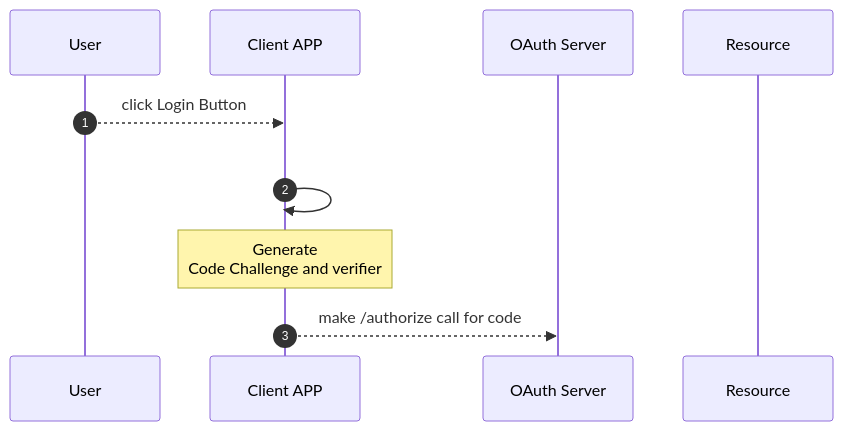
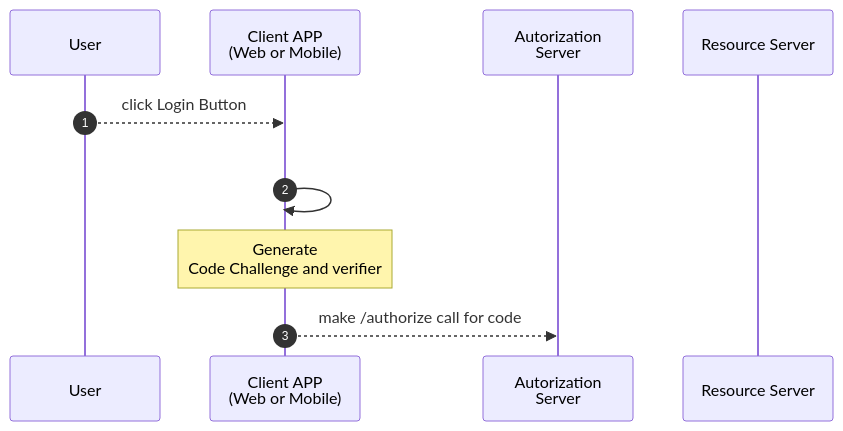
One commit to Rubi-raj/Notes changed the diagram in OAuth 2.0.md. Above: the diagram before and after it, drawn with Mermaid. The commit also changed other lines of this file and 1 other file, not shown here.

Commit message:
Alignment Formatted

````diff
--- a/OAuth 2.0.md
+++ b/OAuth 2.0.md
@@ -39,13 +39,13 @@
 ```mermaid
 sequenceDiagram
     autonumber
     participant u as User
-    participant c as Client APP
-    participant a as OAuth Server
-    participant r as Resource
+    participant c as Client APP <br> (Web or Mobile)
+    participant a as Autorization <br> Server
+    participant r as Resource Server
     u -->> c: click Login Button
     c ->> c: <br>
     Note over c: Generate<br>Code Challenge and verifier
     c -->> a: make /authorize call for code
 
 ```
````
